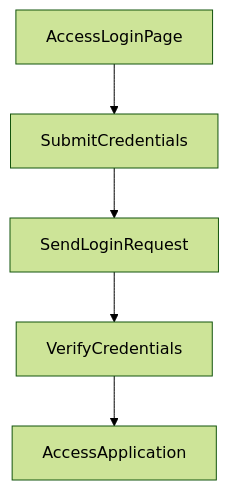
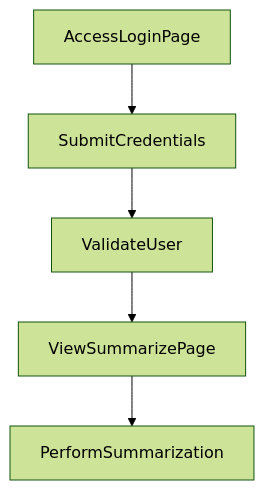
Before and after one commit to yogithasivakumar/FocusZen: the second of 2 diagrams in README.md, drawn with Mermaid (forest theme). The commit also changed other lines of this file, not shown here.

````diff
--- a/README.md
+++ b/README.md
@@ -23,7 +24,7 @@
 ```mermaid
 flowchart TD
     AccessLoginPage --> SubmitCredentials
-    SubmitCredentials --> SendLoginRequest
-    SendLoginRequest --> VerifyCredentials
-    VerifyCredentials --> AccessApplication
+    SubmitCredentials --> ValidateUser
+    ValidateUser --> ViewSummarizePage
+    ViewSummarizePage --> PerformSummarization
 ```
````
